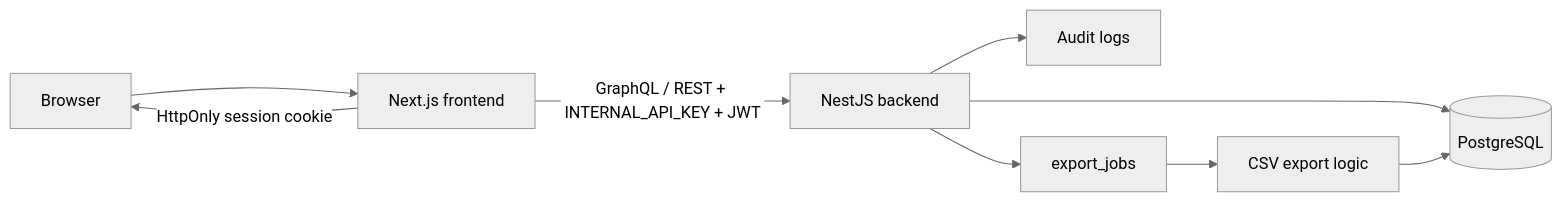
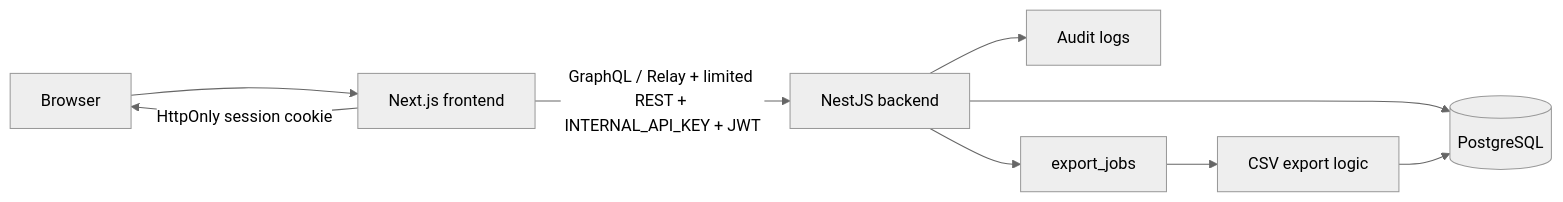
One commit to yusukesugahara/ReviewFlow changed the diagram in docs/05_architecture.md. Above: the diagram before and after it, drawn with Mermaid (neutral theme). The commit also changed other lines of this file and 2 other files, not shown here.

Commit message:
docs: clarify the use of GraphQL/Relay as the primary API contract for post-authentication UI, detailing the limited use of REST for specific operational endpoints and file handling

````diff
--- a/docs/05_architecture.md
+++ b/docs/05_architecture.md
@@ -3,11 +3,11 @@
 ```mermaid
 flowchart LR
   Browser["Browser"] --> Frontend["Next.js frontend"]
   Frontend -->|HttpOnly session cookie| Browser
-  Frontend -->|GraphQL / REST + INTERNAL_API_KEY + JWT| Backend["NestJS backend"]
+  Frontend -->|GraphQL / Relay + limited REST + INTERNAL_API_KEY + JWT| Backend["NestJS backend"]
   Backend --> Database[("PostgreSQL")]
   Backend --> Audit["Audit logs"]
   Backend --> Jobs["export_jobs"]
   Jobs --> ExportLogic["CSV export logic"]
   ExportLogic --> Database
 ```
````
